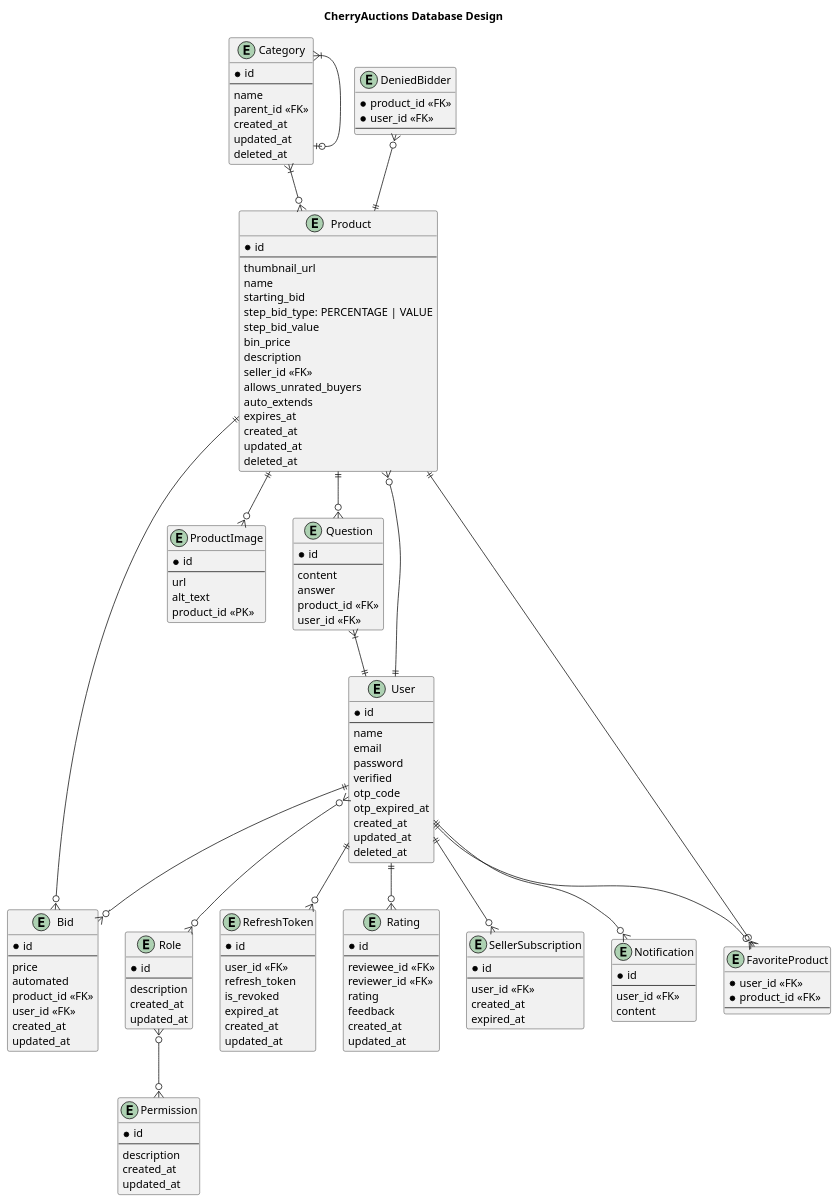
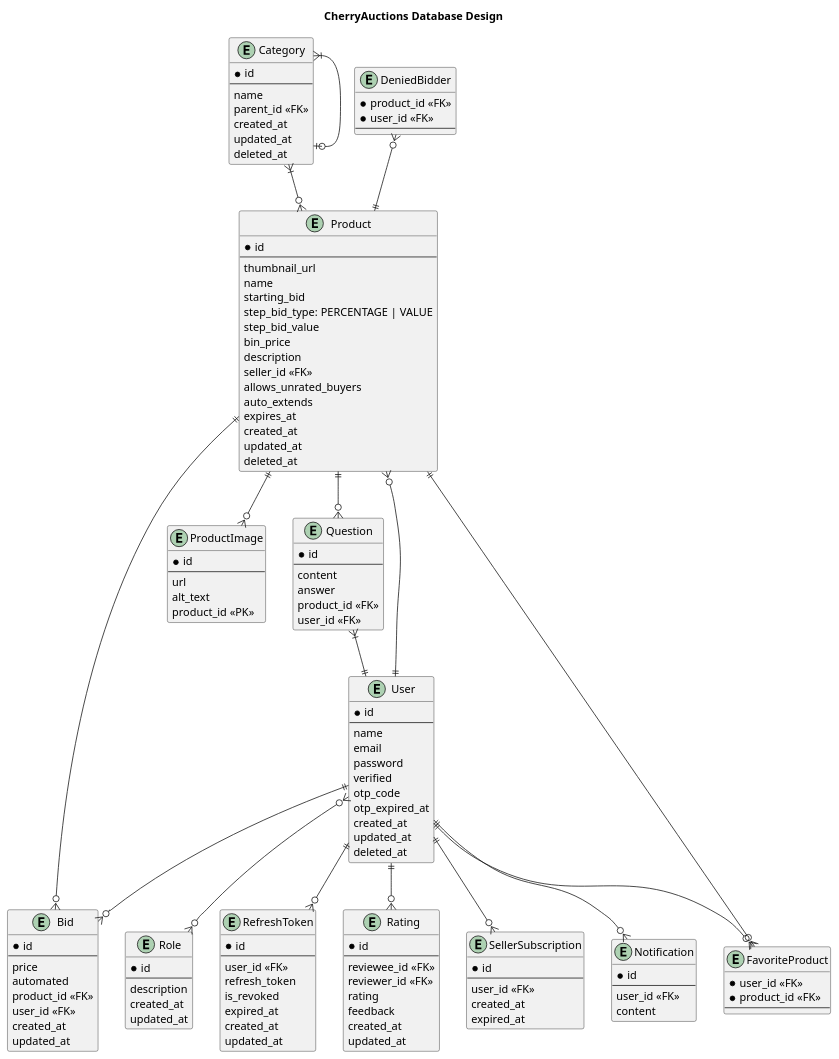
The diagram in docs/plantumls/_db_design.puml (hikawi/cherry-auctions), drawn with PlantUML before and after one commit. The commit also changed 86 other files, not shown here.

```diff
--- a/docs/plantumls/_db_design.puml
+++ b/docs/plantumls/_db_design.puml
@@ -1,161 +1,152 @@
 @startuml
 
 title CherryAuctions Database Design
 'skinparam linetype polyline
 'skinparam linetype ortho
 
 entity Category {
   *id
   ---
   name
   parent_id <<FK>>
   created_at
   updated_at
   deleted_at
 }
 
 entity Product {
   *id
   ---
   thumbnail_url
   name
   starting_bid
   step_bid_type: PERCENTAGE | VALUE
   step_bid_value
   bin_price
   description
   seller_id <<FK>>
   allows_unrated_buyers
   auto_extends
   expires_at
   created_at
   updated_at
   deleted_at
 }
 
 entity Bid {
   *id
   ---
   price
   automated
   product_id <<FK>>
   user_id <<FK>>
   created_at
   updated_at
 }
 
 entity DeniedBidder {
   *product_id <<FK>>
   *user_id <<FK>>
   ---
 }
 
 entity ProductImage {
   *id
   ---
   url
   alt_text
   product_id <<PK>>
 }
 
 entity Question {
   *id
   ---
   content
   answer
   product_id <<FK>>
   user_id <<FK>>
 }
 
 entity User {
   *id
   ---
   name
   email
   password
   verified
   otp_code
   otp_expired_at
   created_at
   updated_at
   deleted_at
 }
 
 entity Role {
   *id
   ---
   description
   created_at
   updated_at
 }
 
-entity Permission {
-  *id
-  ---
-  description
-  created_at
-  updated_at
-}
-
 entity RefreshToken {
   *id
   ---
   user_id <<FK>>
   refresh_token
   is_revoked
   expired_at
   created_at
   updated_at
 }
 
 entity Rating {
   *id
   ---
   reviewee_id <<FK>>
   reviewer_id <<FK>>
   rating
   feedback
   created_at
   updated_at
 }
 
 entity SellerSubscription {
   *id
   ---
   user_id <<FK>>
   created_at
   expired_at
 }
 
 entity FavoriteProduct {
   *user_id <<FK>>
   *product_id <<FK>>
   ---
 }
 
 entity Notification {
   *id
   ---
   user_id <<FK>>
   content
 }
 
 Category }|--o| Category
 Product ||--o{ ProductImage
 Category }|--o{ Product
 Product ||--o{ Question
 Question }|--|| User
 User ||--o{ Product
 User ||--o{ SellerSubscription
 User ||--o{ Rating
 User ||--o{ RefreshToken
 Product ||--o{ Bid
 User ||--o{ Bid
 User ||--o{ FavoriteProduct
 FavoriteProduct }o--|| Product
 DeniedBidder }o--|| Product
 User ||--o{ Notification
 User }o--o{ Role
-Role }o--o{ Permission
 
 @enduml
```
